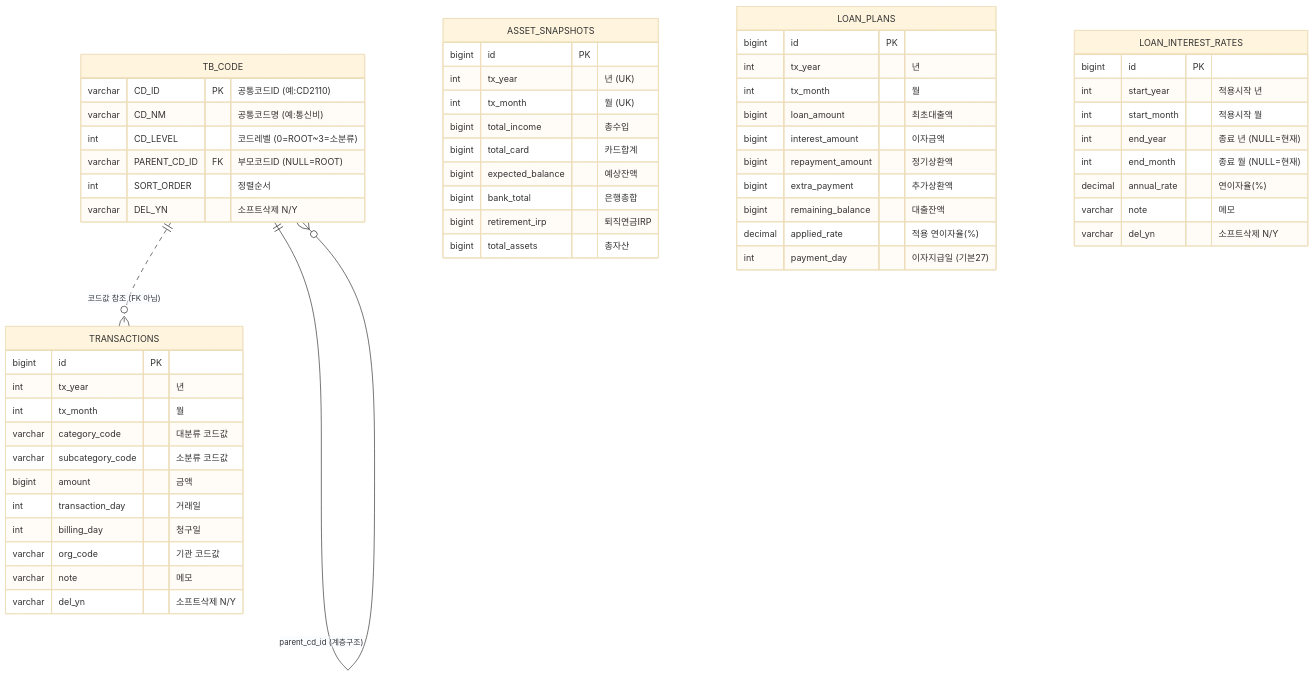
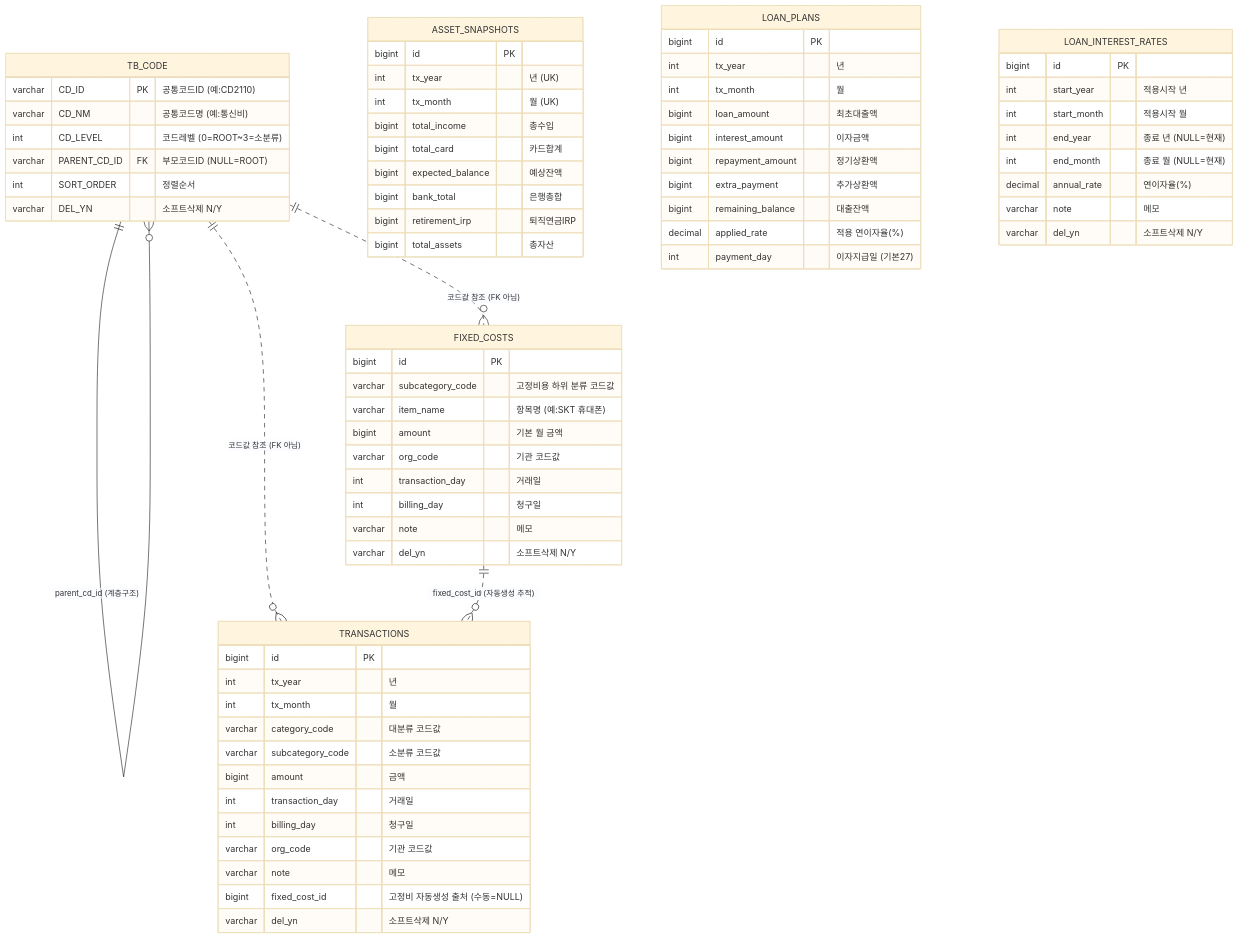
The diagram in ERD.md (yeonzii/finance-app), drawn with Mermaid (base theme) before and after one commit. The commit also changed other lines of this file, not shown here.

Commit message:
docs: ERD에 fixed_costs 테이블 및 관계 반영

````diff
--- a/ERD.md
+++ b/ERD.md
@@ -8,64 +8,79 @@
 ```mermaid
 erDiagram
     TB_CODE ||--o{ TB_CODE : "parent_cd_id (계층구조)"
     TB_CODE ||..o{ TRANSACTIONS : "코드값 참조 (FK 아님)"
+    TB_CODE ||..o{ FIXED_COSTS : "코드값 참조 (FK 아님)"
+    FIXED_COSTS ||..o{ TRANSACTIONS : "fixed_cost_id (자동생성 추적)"
 
     TB_CODE {
         varchar CD_ID PK "공통코드ID (예:CD2110)"
         varchar CD_NM "공통코드명 (예:통신비)"
         int CD_LEVEL "코드레벨 (0=ROOT~3=소분류)"
         varchar PARENT_CD_ID FK "부모코드ID (NULL=ROOT)"
         int SORT_ORDER "정렬순서"
         varchar DEL_YN "소프트삭제 N/Y"
     }
 
     TRANSACTIONS {
         bigint id PK
         int tx_year "년"
         int tx_month "월"
         varchar category_code "대분류 코드값"
         varchar subcategory_code "소분류 코드값"
         bigint amount "금액"
         int transaction_day "거래일"
         int billing_day "청구일"
         varchar org_code "기관 코드값"
+        varchar note "메모"
+        bigint fixed_cost_id "고정비 자동생성 출처 (수동=NULL)"
+        varchar del_yn "소프트삭제 N/Y"
+    }
+
+    FIXED_COSTS {
+        bigint id PK
+        varchar subcategory_code "고정비용 하위 분류 코드값"
+        varchar item_name "항목명 (예:SKT 휴대폰)"
+        bigint amount "기본 월 금액"
+        varchar org_code "기관 코드값"
+        int transaction_day "거래일"
+        int billing_day "청구일"
         varchar note "메모"
         varchar del_yn "소프트삭제 N/Y"
     }
 
     ASSET_SNAPSHOTS {
         bigint id PK
         int tx_year "년 (UK)"
         int tx_month "월 (UK)"
         bigint total_income "총수입"
         bigint total_card "카드합계"
         bigint expected_balance "예상잔액"
         bigint bank_total "은행총합"
         bigint retirement_irp "퇴직연금IRP"
         bigint total_assets "총자산"
     }
 
     LOAN_PLANS {
         bigint id PK
         int tx_year "년"
         int tx_month "월"
         bigint loan_amount "최초대출액"
         bigint interest_amount "이자금액"
         bigint repayment_amount "정기상환액"
         bigint extra_payment "추가상환액"
         bigint remaining_balance "대출잔액"
         decimal applied_rate "적용 연이자율(%)"
         int payment_day "이자지급일 (기본27)"
     }
 
     LOAN_INTEREST_RATES {
         bigint id PK
         int start_year "적용시작 년"
         int start_month "적용시작 월"
         int end_year "종료 년 (NULL=현재)"
         int end_month "종료 월 (NULL=현재)"
         decimal annual_rate "연이자율(%)"
         varchar note "메모"
         varchar del_yn "소프트삭제 N/Y"
     }
 ```
````
